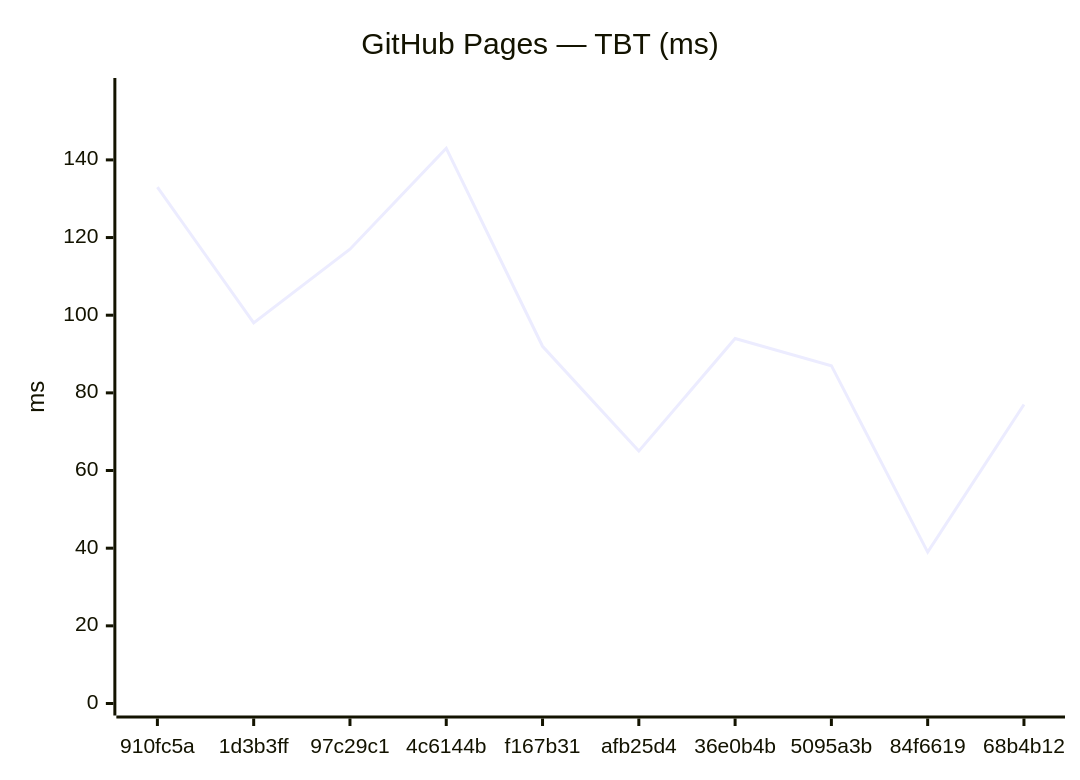
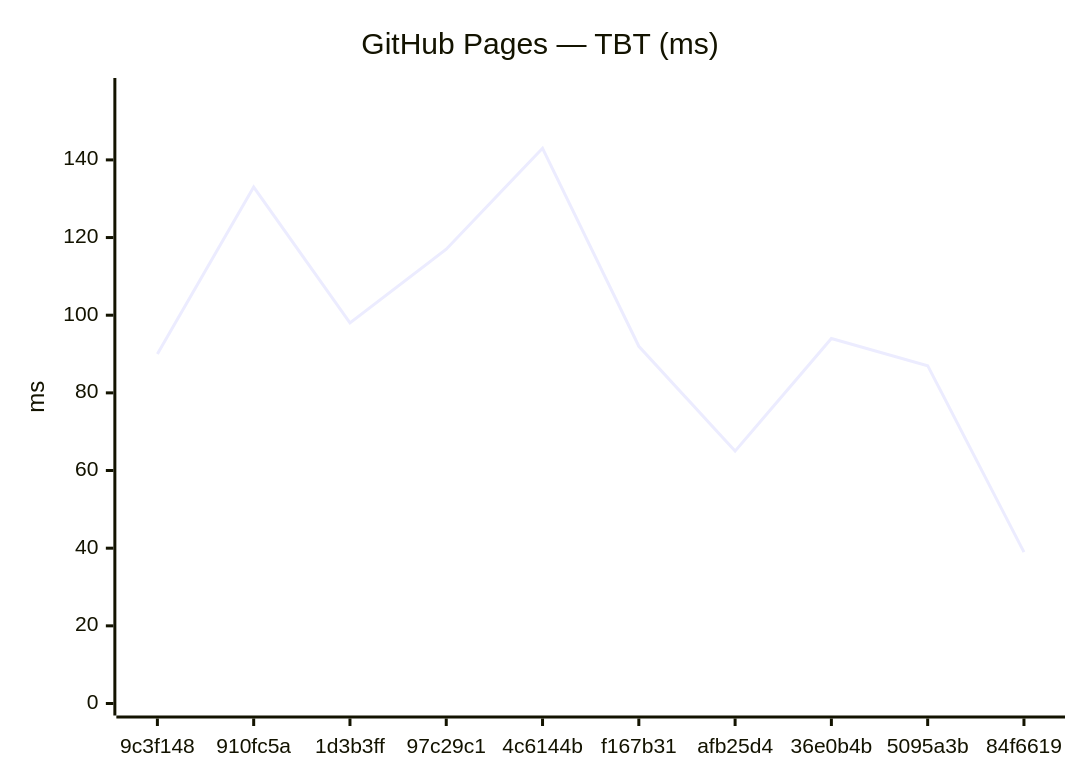
One commit to Metaheurist/Rianell changed the fourth of 18 diagrams in benchmarks/compare.md. Above: the diagram before and after it, drawn with Mermaid. The commit also changed other lines of this file and 11 other files, not shown here.

````diff
--- a/benchmarks/compare.md
+++ b/benchmarks/compare.md
@@ -61,7 +61,7 @@
 ```mermaid
 xychart-beta
     title "GitHub Pages — TBT (ms)"
-    x-axis ["910fc5a", "1d3b3ff", "97c29c1", "4c6144b", "f167b31", "afb25d4", "36e0b4b", "5095a3b", "84f6619", "68b4b12"]
+    x-axis ["9c3f148", "910fc5a", "1d3b3ff", "97c29c1", "4c6144b", "f167b31", "afb25d4", "36e0b4b", "5095a3b", "84f6619"]
     y-axis "ms" 0 --> 158
-    line [133, 98, 117, 143, 92, 65, 94, 87, 39, 77]
+    line [90, 133, 98, 117, 143, 92, 65, 94, 87, 39]
 ```
````
